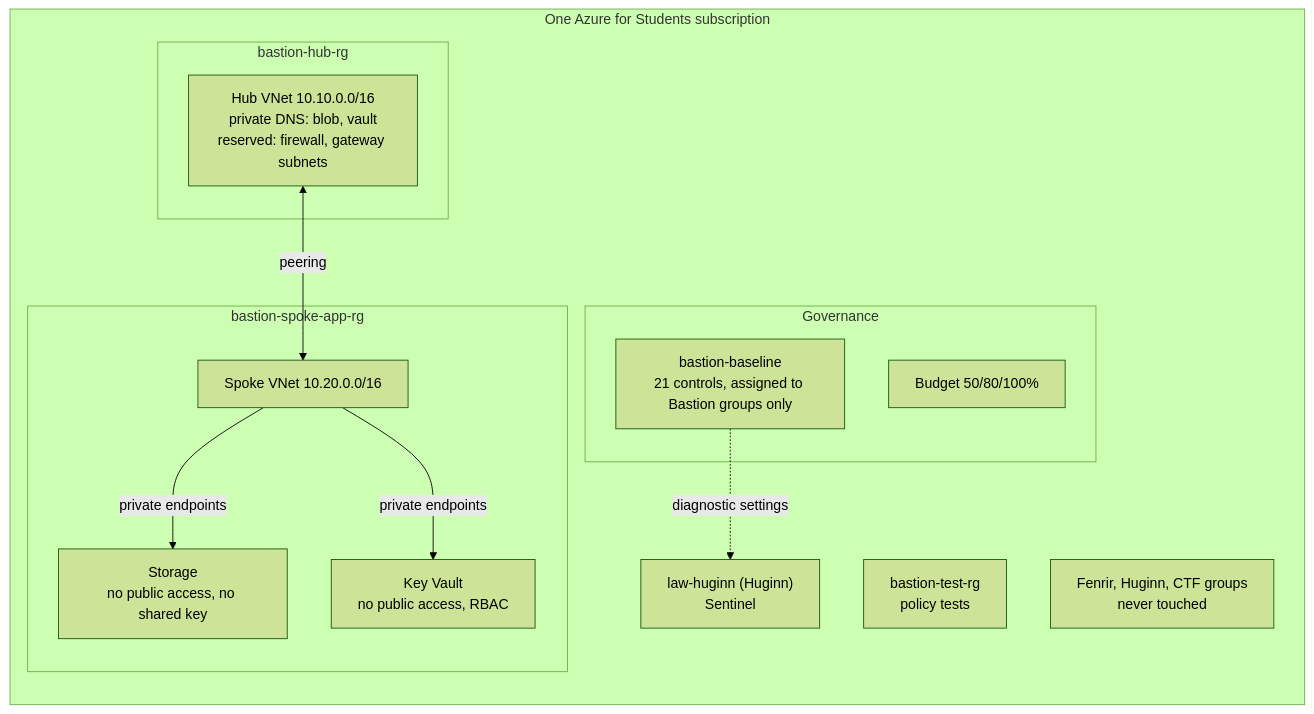
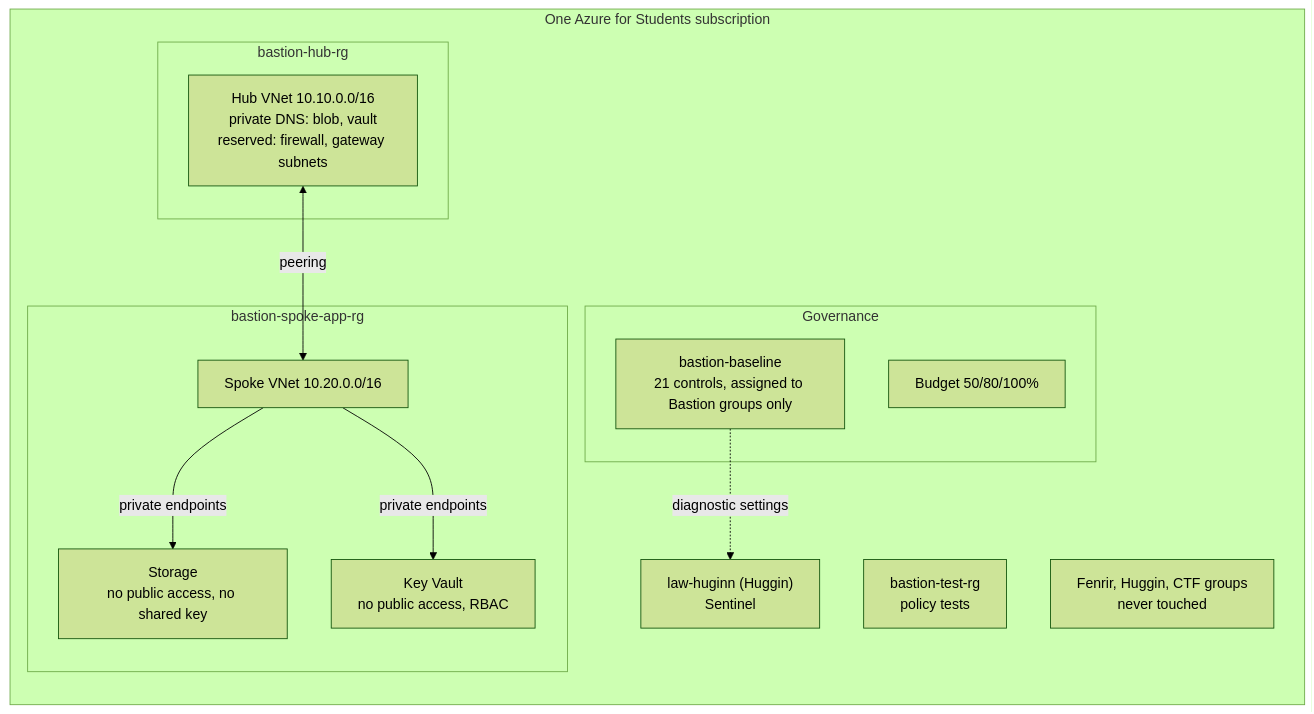
One commit to MarwenOnGit/Bastion changed the diagram in docs/blog/bastion-secure-by-design-landing-zone.md. Above: the diagram before and after it, drawn with Mermaid (forest theme). The commit also changed other lines of this file and 22 other files, not shown here.

````diff
--- a/docs/blog/bastion-secure-by-design-landing-zone.md
+++ b/docs/blog/bastion-secure-by-design-landing-zone.md
@@ -95,24 +95,24 @@
 ```mermaid
 flowchart LR
   subgraph sub["One Azure for Students subscription"]
     subgraph gov["Governance"]
       pol["bastion-baseline<br/>21 controls, assigned to Bastion groups only"]
       bud["Budget 50/80/100%"]
     end
     subgraph hubrg["bastion-hub-rg"]
       hub["Hub VNet 10.10.0.0/16<br/>private DNS: blob, vault<br/>reserved: firewall, gateway subnets"]
     end
     subgraph spokerg["bastion-spoke-app-rg"]
       spoke["Spoke VNet 10.20.0.0/16"]
       st["Storage<br/>no public access, no shared key"]
       kv["Key Vault<br/>no public access, RBAC"]
     end
     test["bastion-test-rg<br/>policy tests"]
-    law["law-huginn (Huginn)<br/>Sentinel"]
-    labs["Fenrir, Huginn, CTF groups<br/>never touched"]
+    law["law-huginn (Huggin)<br/>Sentinel"]
+    labs["Fenrir, Huggin, CTF groups<br/>never touched"]
   end
   hub <-- peering --> spoke
   spoke -- private endpoints --> st
   spoke -- private endpoints --> kv
   pol -. diagnostic settings .-> law
 ```
````
